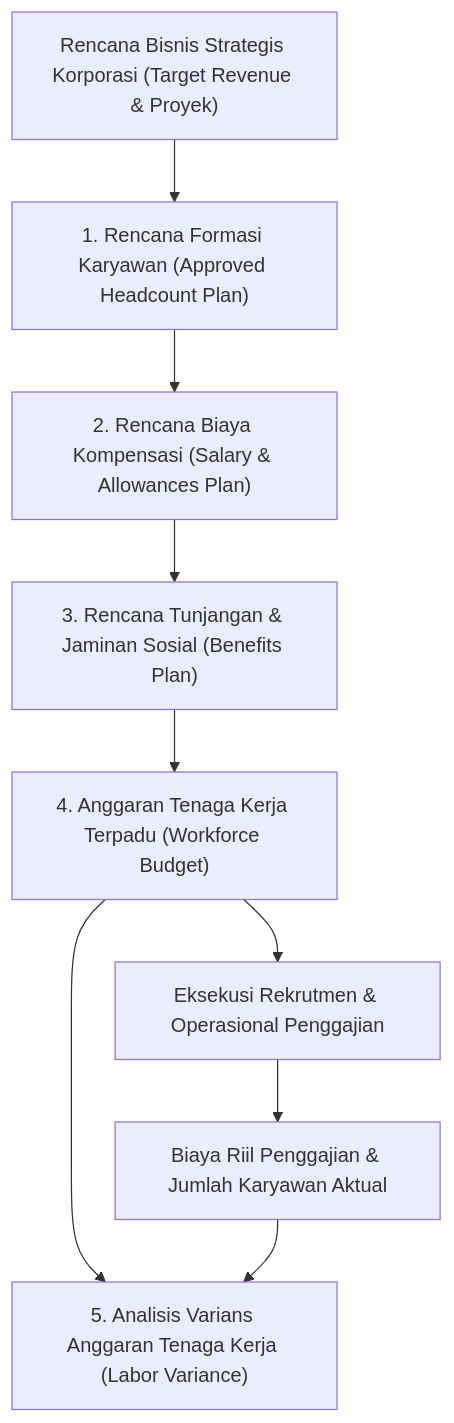
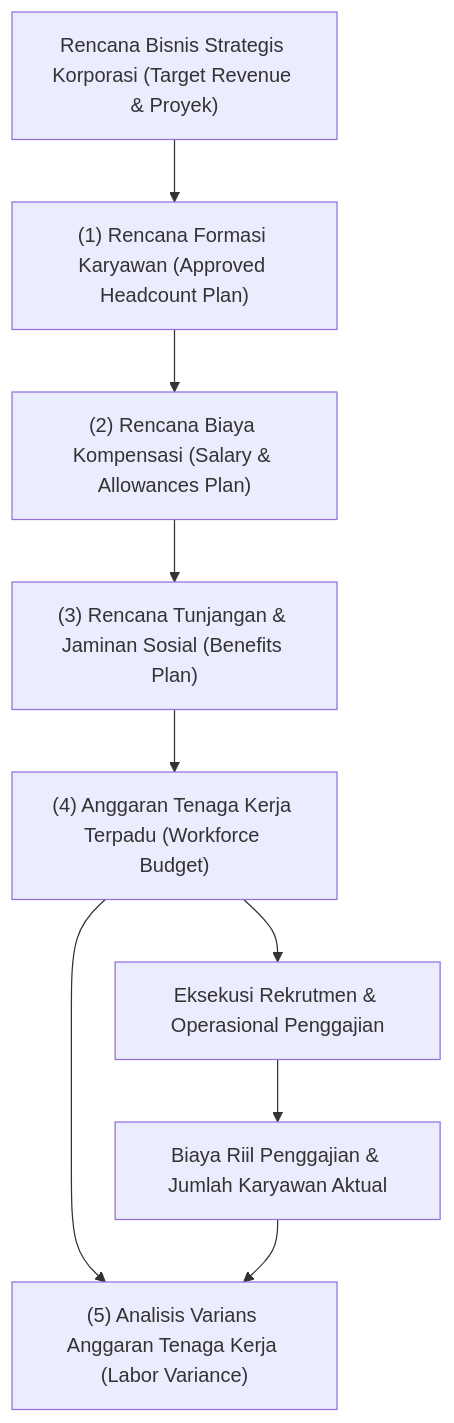
Before and after one commit to alimurrofid/erp-notes: the diagram in content/10-hr/workforce-planning-and-hr-analytics.md, drawn with Mermaid. The commit also changed 132 other files, not shown here.

````diff
--- a/content/10-hr/workforce-planning-and-hr-analytics.md
+++ b/content/10-hr/workforce-planning-and-hr-analytics.md
@@ -29,11 +29,11 @@
 ```mermaid
 flowchart TD
-    STRAT["Rencana Bisnis Strategis Korporasi (Target Revenue & Proyek)"] --> HC_PLAN["1. Rencana Formasi Karyawan (Approved Headcount Plan)"]
-    HC_PLAN --> SAL_PLAN["2. Rencana Biaya Kompensasi (Salary & Allowances Plan)"]
-    SAL_PLAN --> BEN_PLAN["3. Rencana Tunjangan & Jaminan Sosial (Benefits Plan)"]
-    BEN_PLAN --> WF_BUDGET["4. Anggaran Tenaga Kerja Terpadu (Workforce Budget)"]
+    STRAT["Rencana Bisnis Strategis Korporasi (Target Revenue & Proyek)"] --> HC_PLAN["(1) Rencana Formasi Karyawan (Approved Headcount Plan)"]
+    HC_PLAN --> SAL_PLAN["(2) Rencana Biaya Kompensasi (Salary & Allowances Plan)"]
+    SAL_PLAN --> BEN_PLAN["(3) Rencana Tunjangan & Jaminan Sosial (Benefits Plan)"]
+    BEN_PLAN --> WF_BUDGET["(4) Anggaran Tenaga Kerja Terpadu (Workforce Budget)"]
     
     WF_BUDGET --> EXEC["Eksekusi Rekrutmen & Operasional Penggajian"]
     EXEC --> ACTUAL["Biaya Riil Penggajian & Jumlah Karyawan Aktual"]
-    WF_BUDGET & ACTUAL --> VAR["5. Analisis Varians Anggaran Tenaga Kerja (Labor Variance)"]
+    WF_BUDGET & ACTUAL --> VAR["(5) Analisis Varians Anggaran Tenaga Kerja (Labor Variance)"]
 ```
````
